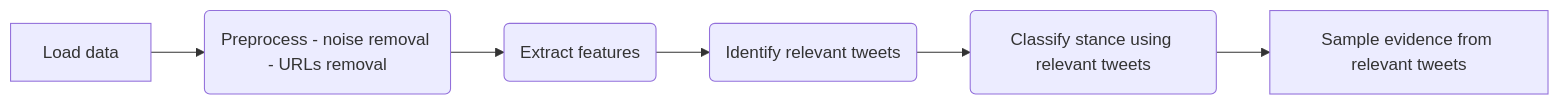
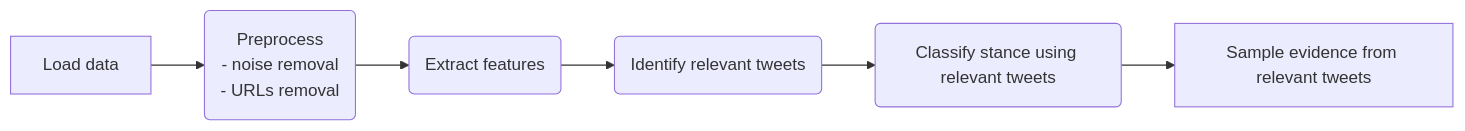
Before and after one commit to Alaaeddin103/Rumor_verification: the diagram in README.md, drawn with Mermaid.

````diff
--- a/README.md
+++ b/README.md
@@ -14,8 +14,10 @@
 ```mermaid
 graph LR
-A[Load data] --> B(Preprocess - noise removal - URLs removal)
+A[Load data] --> B(Preprocess
+        - noise removal
+        - URLs removal)
     B --> C(Extract features)
     C --> D(Identify relevant tweets)
     D --> E(Classify stance using relevant tweets)
     E --> F[Sample evidence from relevant tweets]
 ```
````
